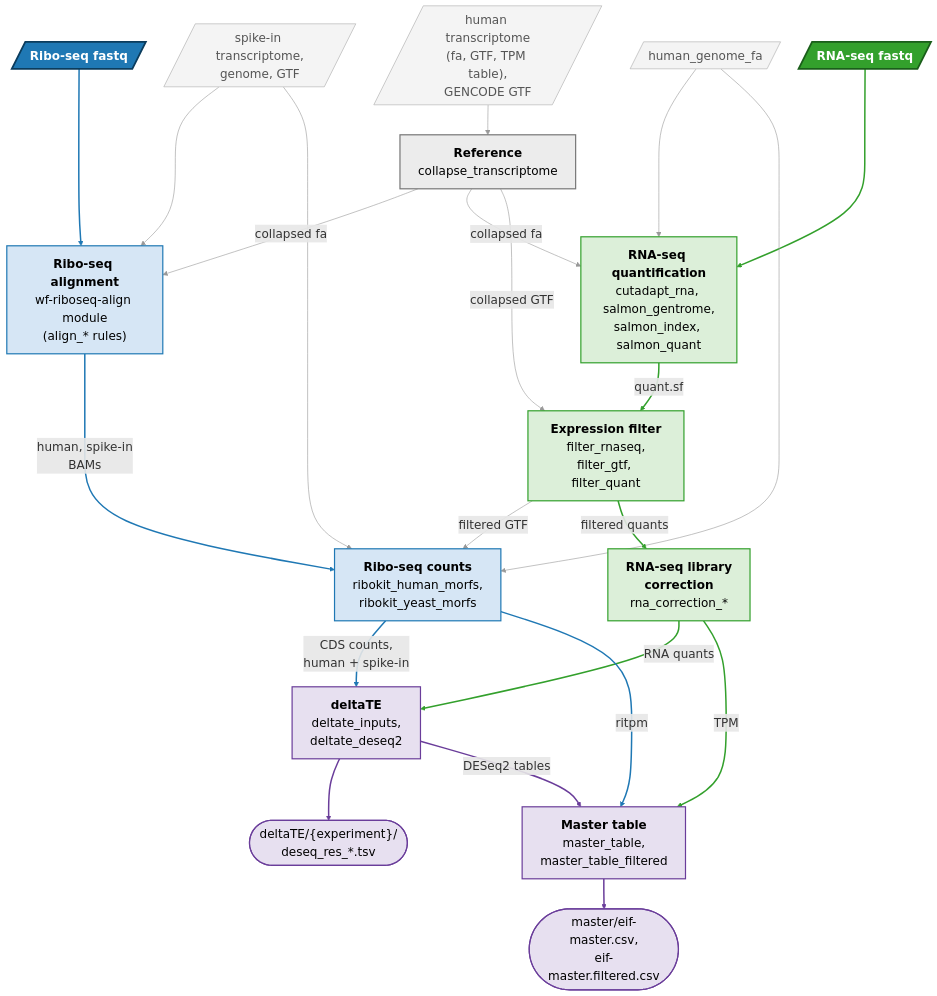
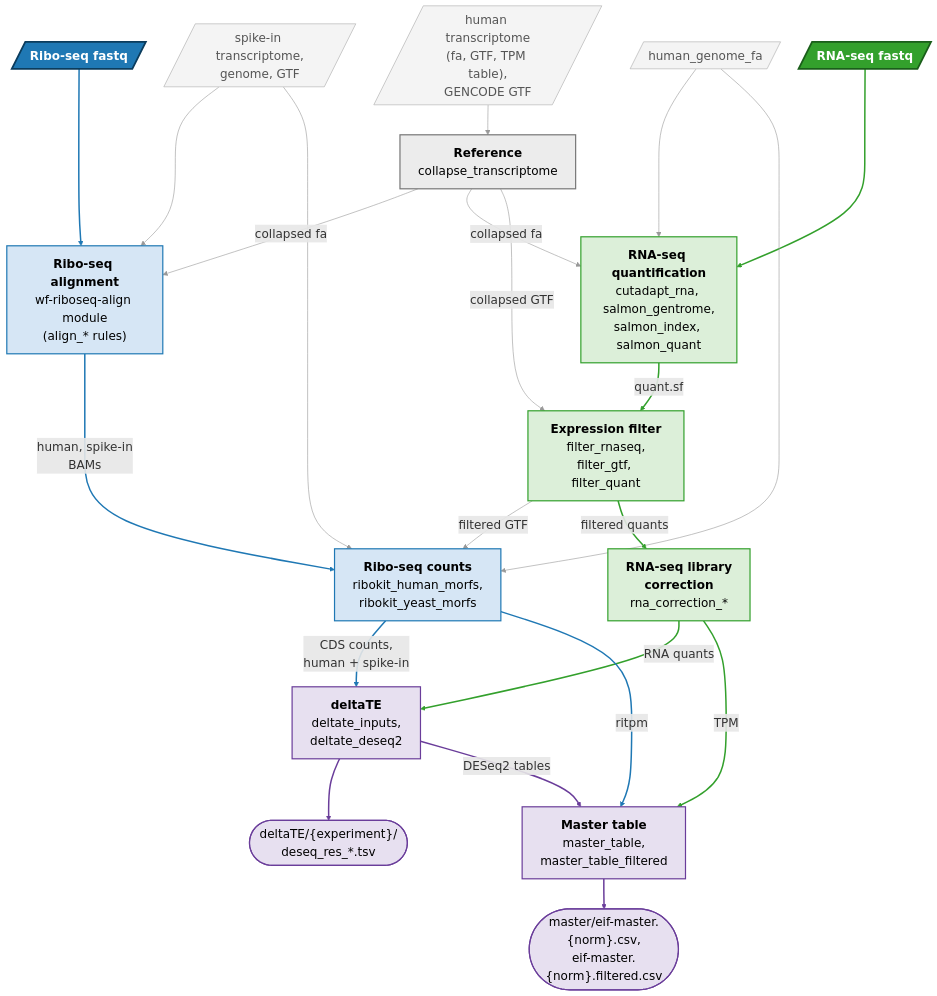
One commit to katarinagresova/wf-eIF-deltaTE changed the diagram in README.md. Above: the diagram before and after it, drawn with Mermaid. The commit also changed other lines of this file and 3 other files, not shown here.

Commit message:
write one master table per Ribo-seq normalisation (yeastnorm, autonorm), full and filtered

````diff
--- a/README.md
+++ b/README.md
@@ -14,63 +14,63 @@
 ```mermaid
 %%{init: {"themeVariables": {"fontSize": "20px"}, "flowchart": {"nodeSpacing": 30}}}%%
 flowchart TD
     ribo[/"<b>Ribo-seq fastq</b>"/]
     spike[/"spike-in transcriptome,<br>genome, GTF"/]
     genome[/"human_genome_fa"/]
     raw_tx[/"human transcriptome<br>(fa, GTF, TPM table),<br>GENCODE GTF"/]
     rna[/"<b>RNA-seq fastq</b>"/]
 
     collapse["<b>Reference</b><br>collapse_transcriptome"]
     align["<b>Ribo-seq alignment</b><br>wf-riboseq-align module<br>(align_* rules)"]
     salmon["<b>RNA-seq quantification</b><br>cutadapt_rna, salmon_gentrome,<br>salmon_index, salmon_quant"]
     filter["<b>Expression filter</b><br>filter_rnaseq,<br>filter_gtf, filter_quant"]
     corr["<b>RNA-seq library<br>correction</b><br>rna_correction_*"]
     ribokit["<b>Ribo-seq counts</b><br>ribokit_human_morfs,<br>ribokit_yeast_morfs"]
     deltate["<b>deltaTE</b><br>deltate_inputs,<br>deltate_deseq2"]
     master["<b>Master table</b><br>master_table,<br>master_table_filtered"]
 
     deseq(["deltaTE/{experiment}/<br>deseq_res_*.tsv"])
-    mastercsv(["master/eif-master.csv,<br>eif-master.filtered.csv"])
+    mastercsv(["master/eif-master.{norm}.csv,<br>eif-master.{norm}.filtered.csv"])
 
     %% Longer arrows (more dashes) keep every input on the top row.
     raw_tx --> collapse
     ribo ---> align
     collapse -->|"collapsed fa"| align
     spike ---> align
     align --->|"human, spike-in<br>BAMs"| ribokit
     spike ----> ribokit
     collapse -->|"collapsed fa"| salmon
     genome ---> salmon
     rna ---> salmon
     salmon -->|"quant.sf"| filter
     collapse --->|"collapsed GTF"| filter
     filter -->|"filtered GTF"| ribokit
     genome ----> ribokit
     filter -->|"filtered quants"| corr
     ribokit -->|"CDS counts,<br>human + spike-in"| deltate
     corr -->|"RNA quants"| deltate
     deltate --> deseq
     deltate -->|"DESeq2 tables"| master
     ribokit --->|"ritpm"| master
     corr --->|"TPM"| master
     master --> mastercsv
 
     classDef riboInput fill:#1f78b4,stroke:#0b3c5d,stroke-width:3px,color:#fff
     classDef rnaInput fill:#33a02c,stroke:#1a5e1a,stroke-width:3px,color:#fff
     classDef helper fill:#f4f4f4,stroke:#aaa,color:#555
     classDef refStep fill:#ececec,stroke:#777,stroke-width:2px,color:#000
     classDef riboStep fill:#d6e6f5,stroke:#1f78b4,stroke-width:2px,color:#000
     classDef rnaStep fill:#dcefd9,stroke:#33a02c,stroke-width:2px,color:#000
     classDef bothStep fill:#e7e0f0,stroke:#6a3d9a,stroke-width:2px,color:#000
     class ribo riboInput
     class rna rnaInput
     class spike,raw_tx,genome helper
     class collapse refStep
     class align,ribokit riboStep
     class salmon,filter,corr rnaStep
     class deltate,master,deseq,mastercsv bothStep
     linkStyle 1,4,14,18 stroke:#1f78b4,stroke-width:2.5px
     linkStyle 8,9,13,15,19 stroke:#33a02c,stroke-width:2.5px
     linkStyle 16,17,20 stroke:#6a3d9a,stroke-width:2.5px
     linkStyle 0,2,3,5,6,7,10,11,12 stroke:#999
 ```
````
